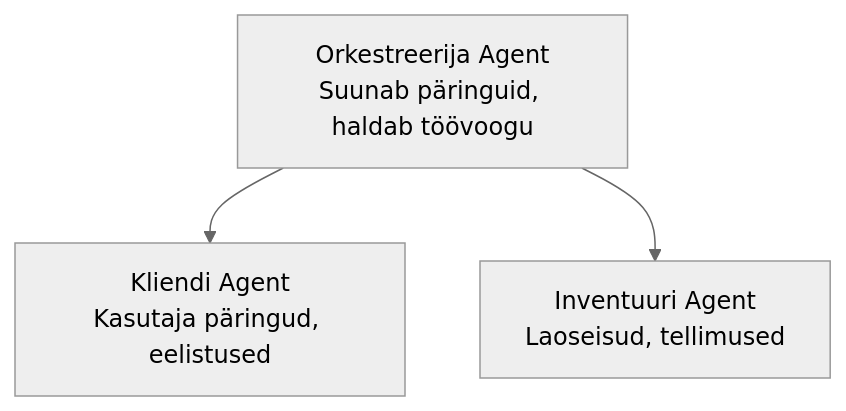
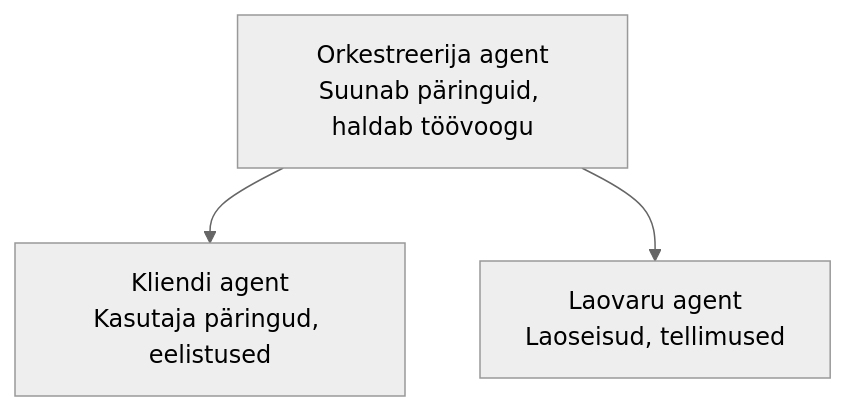
Before and after one commit to microsoft/AZD-for-beginners: the diagram in translations/et/docs/chapter-05-multi-agent/README.md, drawn with Mermaid (neutral theme). The commit also changed other lines of this file and 61 other files, not shown here.

````diff
--- a/translations/et/docs/chapter-05-multi-agent/README.md
+++ b/translations/et/docs/chapter-05-multi-agent/README.md
@@ -54,5 +54,5 @@
 ```mermaid
 graph TD
-    Orchestrator[Orkestreerija Agent<br/>Suunab päringuid, haldab töövoogu] --> Customer[Kliendi Agent<br/>Kasutaja päringud, eelistused]
-    Orchestrator --> Inventory[Inventuuri Agent<br/>Laoseisud, tellimused]
+    Orchestrator[Orkestreerija agent<br/>Suunab päringuid, haldab töövoogu] --> Customer[Kliendi agent<br/>Kasutaja päringud, eelistused]
+    Orchestrator --> Inventory[Laovaru agent<br/>Laoseisud, tellimused]
 ```
````
